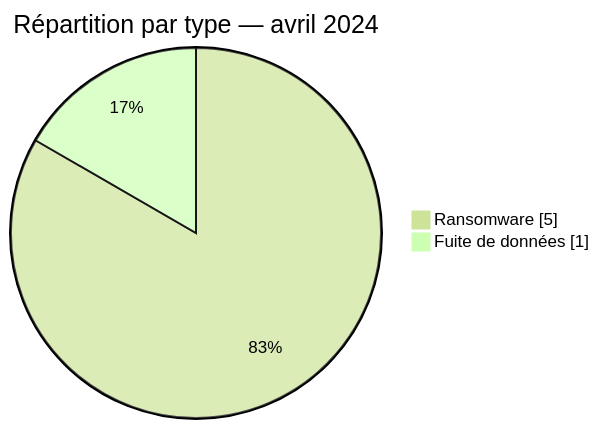
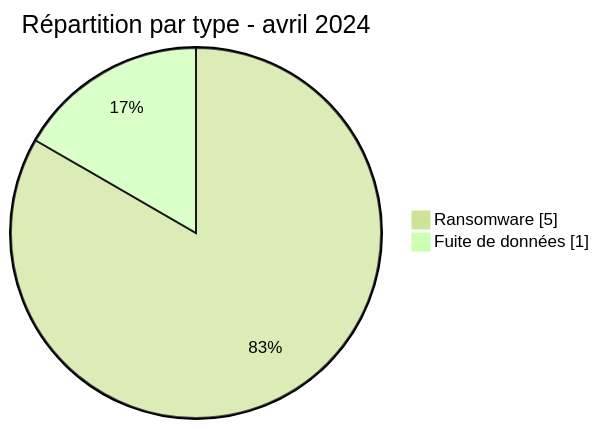
One commit to Hatchepsoute/AFRINTEL changed the second of 2 diagrams in CyberAttackAfrica/2024/04-april/README_FR.md. Above: the diagram before and after it, drawn with Mermaid (forest theme). The commit also changed other lines of this file and 182 other files, not shown here.

````diff
--- a/CyberAttackAfrica/2024/04-april/README_FR.md
+++ b/CyberAttackAfrica/2024/04-april/README_FR.md
@@ -52,6 +52,6 @@
 ```mermaid
 pie showData
-    title Répartition par type — avril 2024
+    title Répartition par type - avril 2024
     "Ransomware" : 5
     "Fuite de données" : 1
 ```
````
